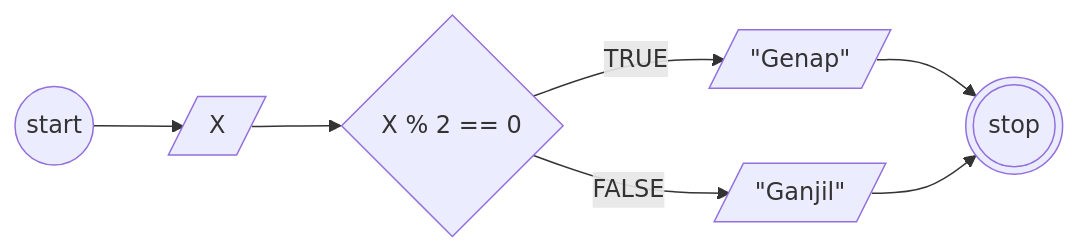
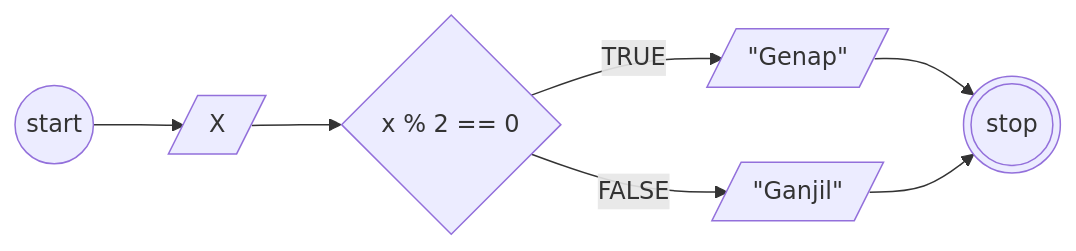
The first of 2 diagrams in algoritma-mititask-bilanganganjil-genap.md (yusufbahtiarr/fgo24-algoritma), drawn with Mermaid before and after one commit. The commit also changed other lines of this file, not shown here.

````diff
--- a/algoritma-mititask-bilanganganjil-genap.md
+++ b/algoritma-mititask-bilanganganjil-genap.md
@@ -10,17 +10,17 @@
 ```mermaid
 flowchart LR
 
 a@{shape: circle, label: "start"}
 b@{shape: lean-r, label: "X"}
-c@{shape: diamond, label: "X % 2 == 0"}
+c@{shape: diamond, label: "x % 2 == 0"} 
 d@{shape: lean-r, label: '"Genap"'}
 e@{shape: lean-r, label: '"Ganjil"'}
 x@{shape: dbl-circ, label: "stop"}
 
 a --> b
 b --> c
 c --TRUE--> d
 c --FALSE--> e
 d --> x
 e --> x
 ```
````
